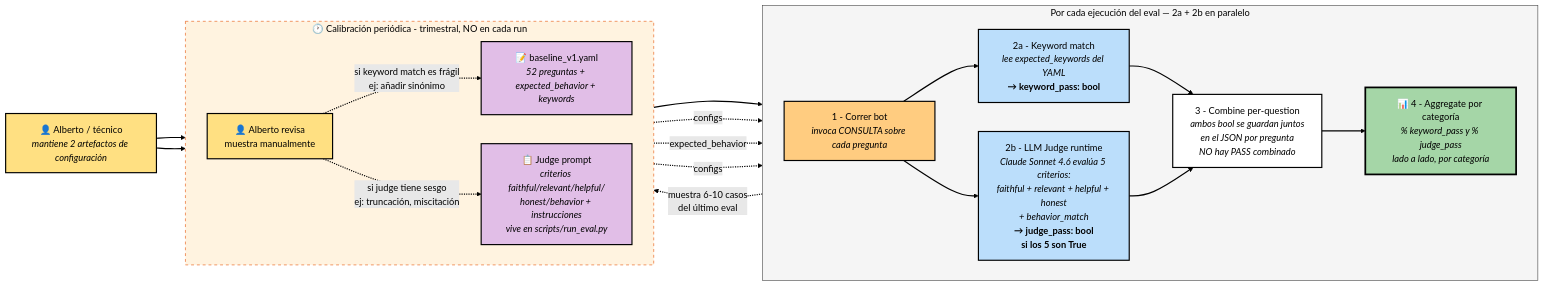
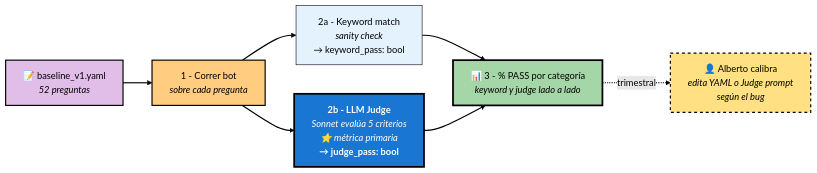
The seventh of 8 diagrams in docs/ARCHITECTURE.md (albertofontiber/technical_bot), drawn with Mermaid (forest theme) before and after one commit. The commit also changed other lines of this file, not shown here.

Commit message:
ARCHITECTURE.md §4.4: emphasise judge_pass visually + clarify role of keyword
Alberto wants the diagram to reflect the actual practice: judge_pass is
the primary baseline metric, keyword_pass is secondary but not decorative
(the discrepancies drive calibration).

Diagram changes:
- Score2 (LLM Judge) fill darkened to #1976d2 (strong blue), text white,
  border thickened to 3px, label starts with bold "2b - LLM Judge" and
  tagged "⭐ métrica primaria".
- Score1 (Keyword match) fill lightened to #e3f2fd (pale blue), border
  thinned to 1px, label tagged "sanity check".

Prose rewritten:
- Explicitly states judge_pass is the reported baseline.
- Explains that keyword_pass still matters because the DISCREPANCIES
  (keyword=FAIL ∧ judge=PASS or viceversa) are the signal that triggers
  calibration. Tabulates the 4 combinations and what each means.
- Also drops the "(3) Combine per-question" step from narrative since the
  simplified diagram absorbed it into the direct flow.

````diff
--- a/docs/ARCHITECTURE.md
+++ b/docs/ARCHITECTURE.md
@@ -430,45 +430,18 @@
 ```mermaid
 flowchart LR
-    Human[👤 Alberto / técnico<br><i>mantiene 2 artefactos de configuración</i>]
-    Human --> YAML
-    Human --> JudgePrompt
+    YAML[📝 baseline_v1.yaml<br><i>52 preguntas</i>] --> Runner[1 - Correr bot<br><i>sobre cada pregunta</i>]
+    Runner --> Score1[2a - Keyword match<br><i>sanity check</i><br>→ keyword_pass: bool]
+    Runner --> Score2[<b>2b - LLM Judge</b><br><i>Sonnet evalúa 5 criterios<br>⭐ métrica primaria</i><br><b>→ judge_pass: bool</b>]
+    Score1 --> Report[📊 3 - % PASS por categoría<br><i>keyword y judge lado a lado</i>]
+    Score2 --> Report
+    Report -.trimestral.-> Cal[👤 Alberto calibra<br><i>edita YAML o Judge prompt<br>según el bug</i>]
 
-    YAML[📝 baseline_v1.yaml<br><i>52 preguntas + expected_behavior + keywords</i>]
-    JudgePrompt[📋 Judge prompt<br><i>criterios faithful/relevant/helpful/<br>honest/behavior + instrucciones<br>vive en scripts/run_eval.py</i>]
-
-    YAML --> Runner[1 - Correr bot<br><i>invoca CONSULTA sobre cada pregunta</i>]
-
-    subgraph PerRun ["Por cada ejecución del eval — 2a + 2b en paralelo"]
-        direction LR
-        Runner --> Score1[2a - Keyword match<br><i>lee expected_keywords del YAML</i><br><b>→ keyword_pass: bool</b>]
-        Runner --> Score2[2b - LLM Judge runtime<br><i>Claude Sonnet 4.6 evalúa 5 criterios:<br>faithful + relevant + helpful + honest<br>+ behavior_match</i><br><b>→ judge_pass: bool<br>si los 5 son True</b>]
-        Score1 --> Combine[3 - Combine per-question<br><i>ambos bool se guardan juntos<br>en el JSON por pregunta<br>NO hay PASS combinado</i>]
-        Score2 --> Combine
-        Combine --> Report[📊 4 - Aggregate por categoría<br><i>% keyword_pass y % judge_pass<br>lado a lado, por categoría</i>]
-    end
-
-    YAML -.configs.-> Score1
-    YAML -.expected_behavior.-> Score2
-    JudgePrompt -.configs.-> Score2
-
-    subgraph Periodic ["🕐 Calibración periódica - trimestral, NO en cada run"]
-        direction LR
-        Report -.->|muestra 6-10 casos<br>del último eval| HumanReview[👤 Alberto revisa<br>muestra manualmente]
-        HumanReview -.->|"si keyword match es frágil<br>ej: añadir sinónimo"| YAML
-        HumanReview -.->|"si judge tiene sesgo<br>ej: truncación, miscitación"| JudgePrompt
-    end
-
-    style Human fill:#ffe082,stroke:#000000,color:#000000,stroke-width:2px
     style YAML fill:#e1bee7,stroke:#000000,color:#000000,stroke-width:2px
-    style JudgePrompt fill:#e1bee7,stroke:#000000,color:#000000,stroke-width:2px
     style Runner fill:#ffcc80,stroke:#000000,color:#000000,stroke-width:2px
-    style Score1 fill:#bbdefb,stroke:#000000,color:#000000,stroke-width:2px
-    style Score2 fill:#bbdefb,stroke:#000000,color:#000000,stroke-width:2px
-    style Combine fill:#ffffff,stroke:#000000,color:#000000,stroke-width:2px
+    style Score1 fill:#e3f2fd,stroke:#000000,color:#000000,stroke-width:1px
+    style Score2 fill:#1976d2,stroke:#000000,color:#ffffff,stroke-width:3px
     style Report fill:#a5d6a7,stroke:#000000,color:#000000,stroke-width:3px
-    style HumanReview fill:#ffe082,stroke:#000000,color:#000000,stroke-width:2px
-    style PerRun fill:#f5f5f5,stroke:#424242,color:#000000,stroke-width:1px
-    style Periodic fill:#fff3e0,stroke:#e65100,color:#000000,stroke-width:1px,stroke-dasharray: 5 5
+    style Cal fill:#ffe082,stroke:#000000,color:#000000,stroke-width:2px,stroke-dasharray: 5 5
 
     linkStyle default stroke:#000000,stroke-width:2px
 ```
````
